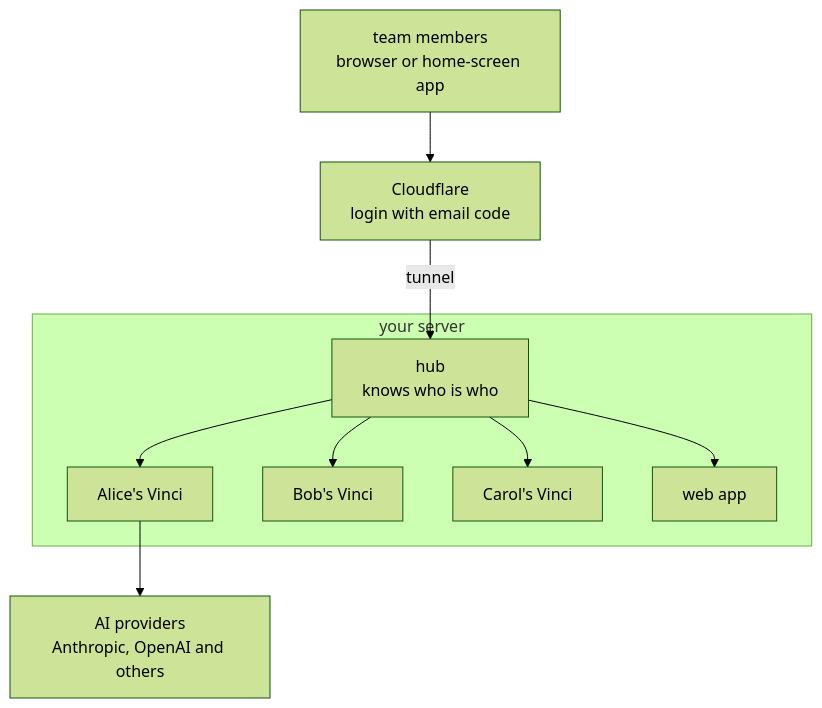
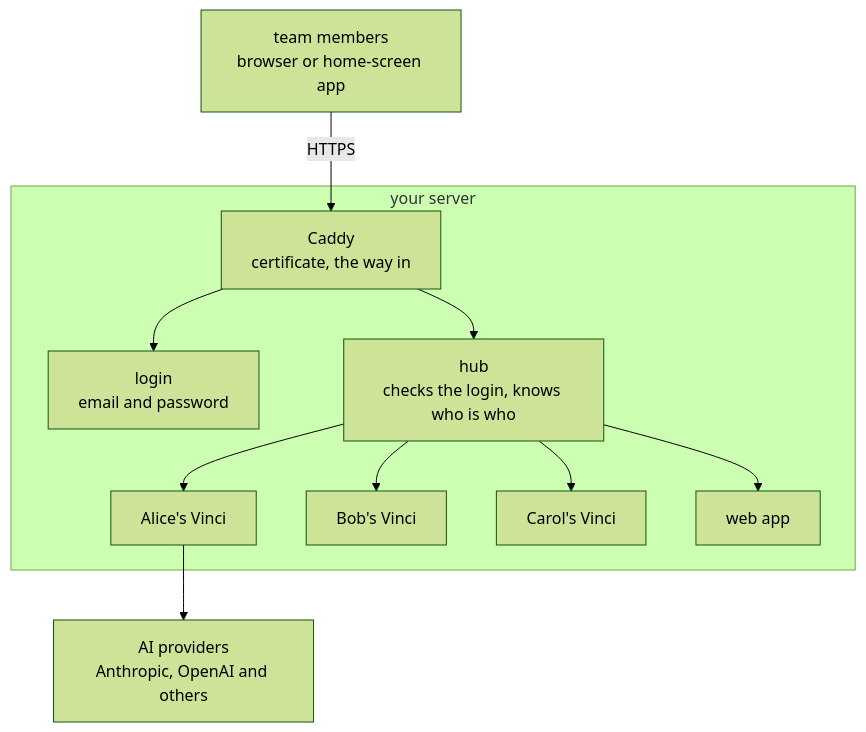
The diagram in docs/team-workspace/README.md (meetvinci/vinci), drawn with Mermaid (forest theme) before and after one commit. The commit also changed other lines of this file and 9 other files, not shown here.

Commit message:
Docs: Laravel login only, the tunnel optional, moving from Access (WIP)

````diff
--- a/docs/team-workspace/README.md
+++ b/docs/team-workspace/README.md
@@ -20,12 +20,13 @@
 ```mermaid
 flowchart TB
-  People["team members<br/>browser or home-screen app"] --> Cloudflare["Cloudflare<br/>login with email code"]
-  Cloudflare -->|"tunnel"| Hub
+  People["team members<br/>browser or home-screen app"] -->|"HTTPS"| Caddy
   subgraph Server["your server"]
-    Hub["hub<br/>knows who is who"] --> A["Alice's Vinci"]
+    Caddy["Caddy<br/>certificate, the way in"] --> Login["login<br/>email and password"]
+    Caddy --> Hub
+    Hub["hub<br/>checks the login, knows who is who"] --> A["Alice's Vinci"]
     Hub --> B["Bob's Vinci"]
     Hub --> C["Carol's Vinci"]
     Hub --> Web["web app"]
   end
   A --> Models["AI providers<br/>Anthropic, OpenAI and others"]
 ```
````
